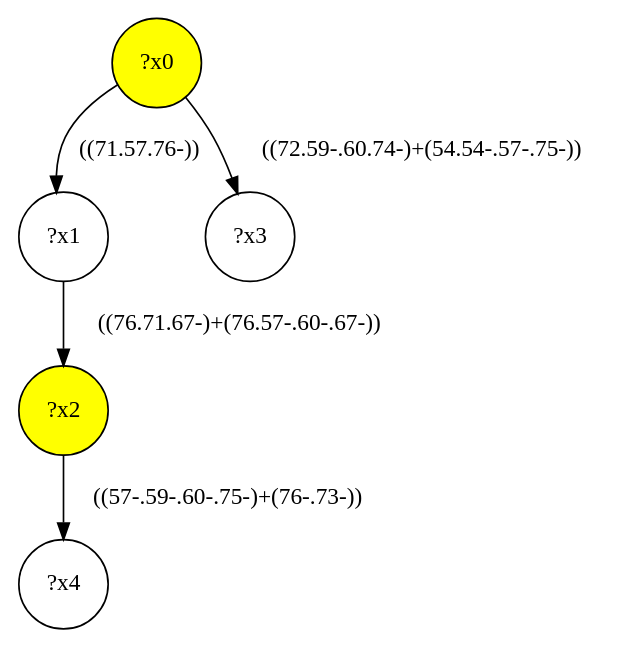
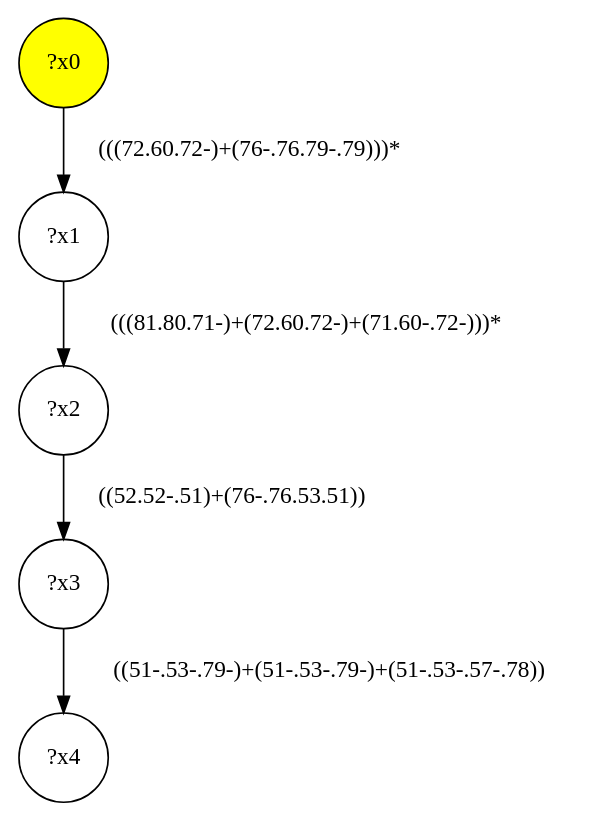
One commit to MathieuGicquel/federated-benchmark changed the diagram in lib/gmark/demo/shop/shop-interface/query-45.dot. Above: the diagram before and after it, drawn with Graphviz. The commit also changed 354 other files, not shown here.

```diff
--- a/lib/gmark/demo/shop/shop-interface/query-45.dot
+++ b/lib/gmark/demo/shop/shop-interface/query-45.dot
@@ -1,11 +1,11 @@
 digraph g {
 	x0 [fillcolor="yellow", style="filled," shape=circle, label="?x0"];
-	x2 [fillcolor="yellow", style="filled," shape=circle, label="?x2"];
 	x1 [shape=circle, label="?x1"];
-	x0 -> x1 [label="((71.57.76-))"];
-	x1 -> x2 [label="((76.71.67-)+(76.57-.60-.67-))"];
+	x0 -> x1 [label="(((72.60.72-)+(76-.76.79-.79)))*"];
+	x2 [shape=circle, label="?x2"];
+	x1 -> x2 [label="(((81.80.71-)+(72.60.72-)+(71.60-.72-)))*"];
 	x3 [shape=circle, label="?x3"];
-	x0 -> x3 [label="((72.59-.60.74-)+(54.54-.57-.75-))"];
+	x2 -> x3 [label="((52.52-.51)+(76-.76.53.51))"];
 	x4 [shape=circle, label="?x4"];
-	x2 -> x4 [label="((57-.59-.60-.75-)+(76-.73-))"];
+	x3 -> x4 [label="((51-.53-.79-)+(51-.53-.79-)+(51-.53-.57-.78))"];
 }
```
